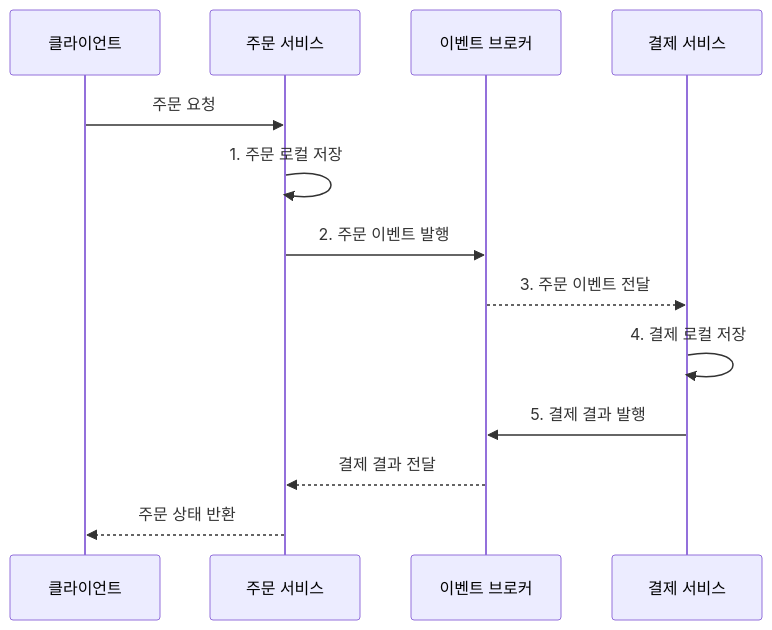
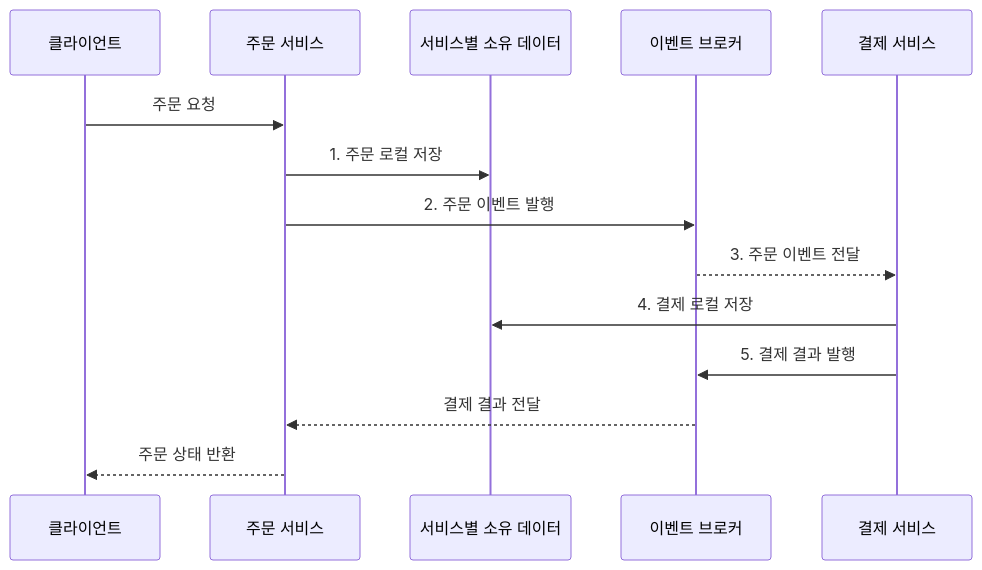
The second of 2 diagrams in src/content/docs/notes/03-software/039_microservice_architecture.md (agnusdei1207/knowledge-base), drawn with Mermaid before and after one commit. The commit also changed other lines of this file and 9 other files, not shown here.

````diff
--- a/src/content/docs/notes/03-software/039_microservice_architecture.md
+++ b/src/content/docs/notes/03-software/039_microservice_architecture.md
@@ -108,15 +108,16 @@
 ```mermaid
 sequenceDiagram
     participant C as 클라이언트
     participant O as 주문 서비스
+    participant D as 서비스별 소유 데이터
     participant B as 이벤트 브로커
     participant P as 결제 서비스
     C->>O: 주문 요청
-    O->>O: 1. 주문 로컬 저장
+    O->>D: 1. 주문 로컬 저장
     O->>B: 2. 주문 이벤트 발행
     B-->>P: 3. 주문 이벤트 전달
-    P->>P: 4. 결제 로컬 저장
+    P->>D: 4. 결제 로컬 저장
     P->>B: 5. 결제 결과 발행
     B-->>O: 결제 결과 전달
     O-->>C: 주문 상태 반환
 ```
````
